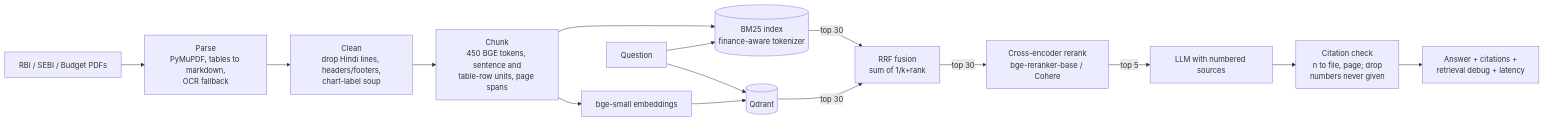
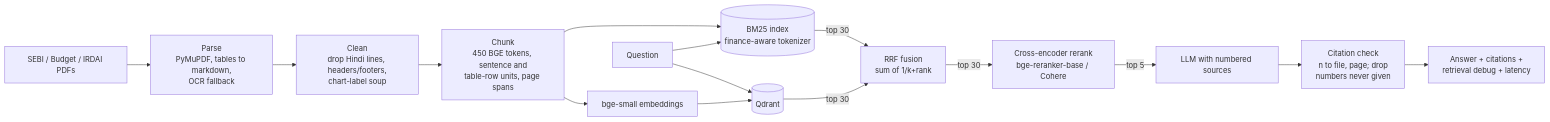
One commit to githubvishal1234/hybrid-search-rag changed the diagram in README.md. Above: the diagram before and after it, drawn with Mermaid. The commit also changed other lines of this file and 3 other files, not shown here.

````diff
--- a/README.md
+++ b/README.md
@@ -29,15 +29,15 @@
 ```mermaid
 flowchart LR
-    PDF[RBI / SEBI / Budget PDFs] --> P[Parse<br/>PyMuPDF, tables to markdown,<br/>OCR fallback]
+    PDF[SEBI / Budget / IRDAI PDFs] --> P[Parse<br/>PyMuPDF, tables to markdown,<br/>OCR fallback]
     P --> C[Clean<br/>drop Hindi lines, headers/footers,<br/>chart-label soup]
     C --> K[Chunk<br/>450 BGE tokens, sentence and<br/>table-row units, page spans]
     K --> B[(BM25 index<br/>finance-aware tokenizer)]
     K --> E[bge-small embeddings] --> Q[(Qdrant)]
     U[Question] --> B & Q
     B -- top 30 --> F[RRF fusion<br/>sum of 1/k+rank]
     Q -- top 30 --> F
     F -- top 30 --> R[Cross-encoder rerank<br/>bge-reranker-base / Cohere]
     R -- top 5 --> L[LLM with numbered sources]
     L --> V[Citation check<br/>n to file, page; drop<br/>numbers never given]
     V --> A[Answer + citations +<br/>retrieval debug + latency]
 ```
````
